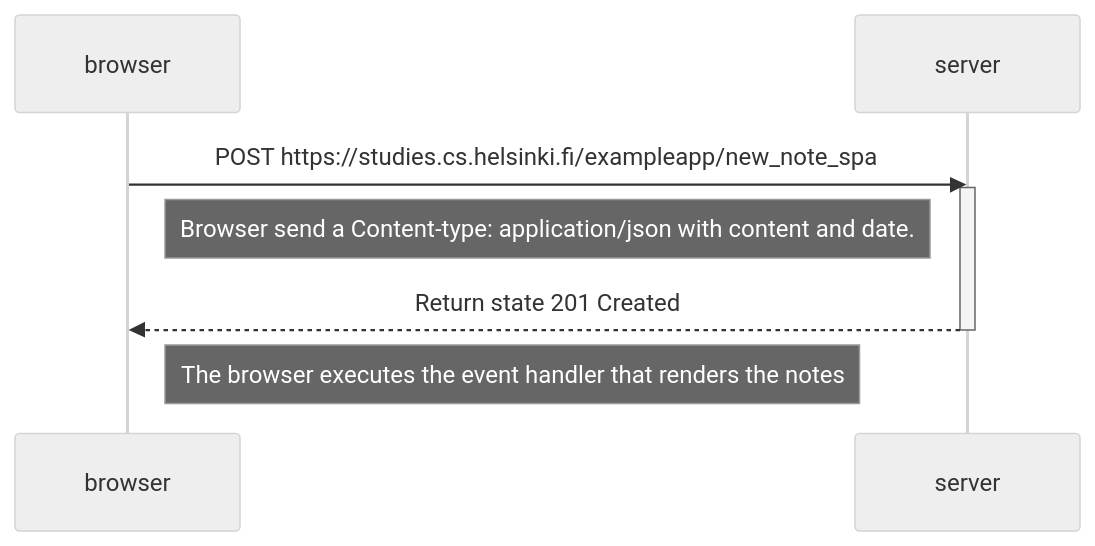
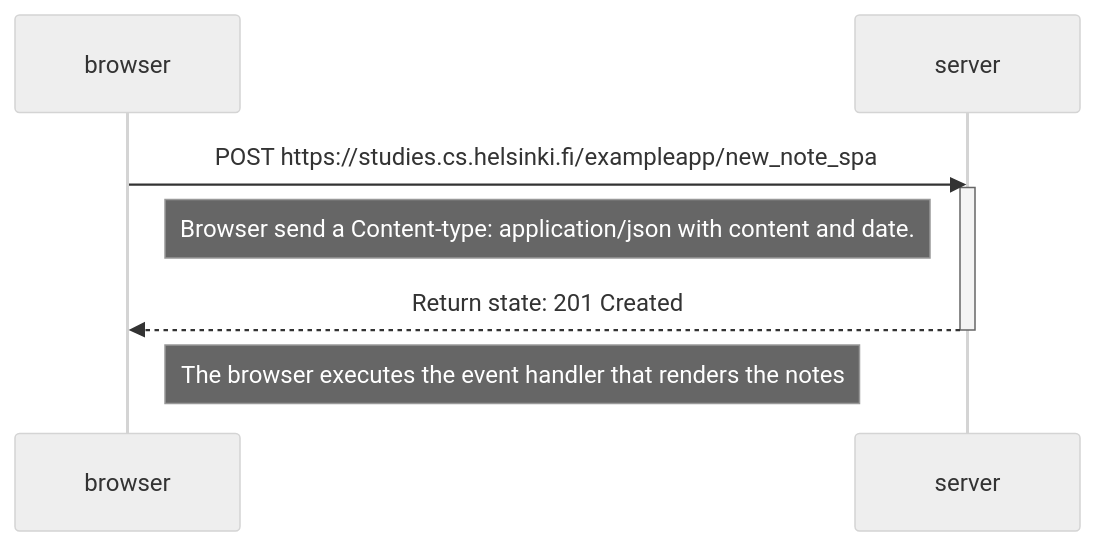
Before and after one commit to crigonza/Fullstack-Bootcamp: the diagram in part0/0.6spa_new_note.md, drawn with Mermaid (neutral theme).

````diff
--- a/part0/0.6spa_new_note.md
+++ b/part0/0.6spa_new_note.md
@@ -1,15 +1,15 @@
 ```mermaid
 sequenceDiagram
     participant browser
     participant server
 
     browser->>server: POST https://studies.cs.helsinki.fi/exampleapp/new_note_spa
     activate server
 
     Note right of browser: Browser send a Content-type: application/json with content and date.
 
-    server-->>browser: Return state 201 Created
+    server-->>browser: Return state: 201 Created
     deactivate server
 
     Note right of browser: The browser executes the event handler that renders the notes
 ```
````
